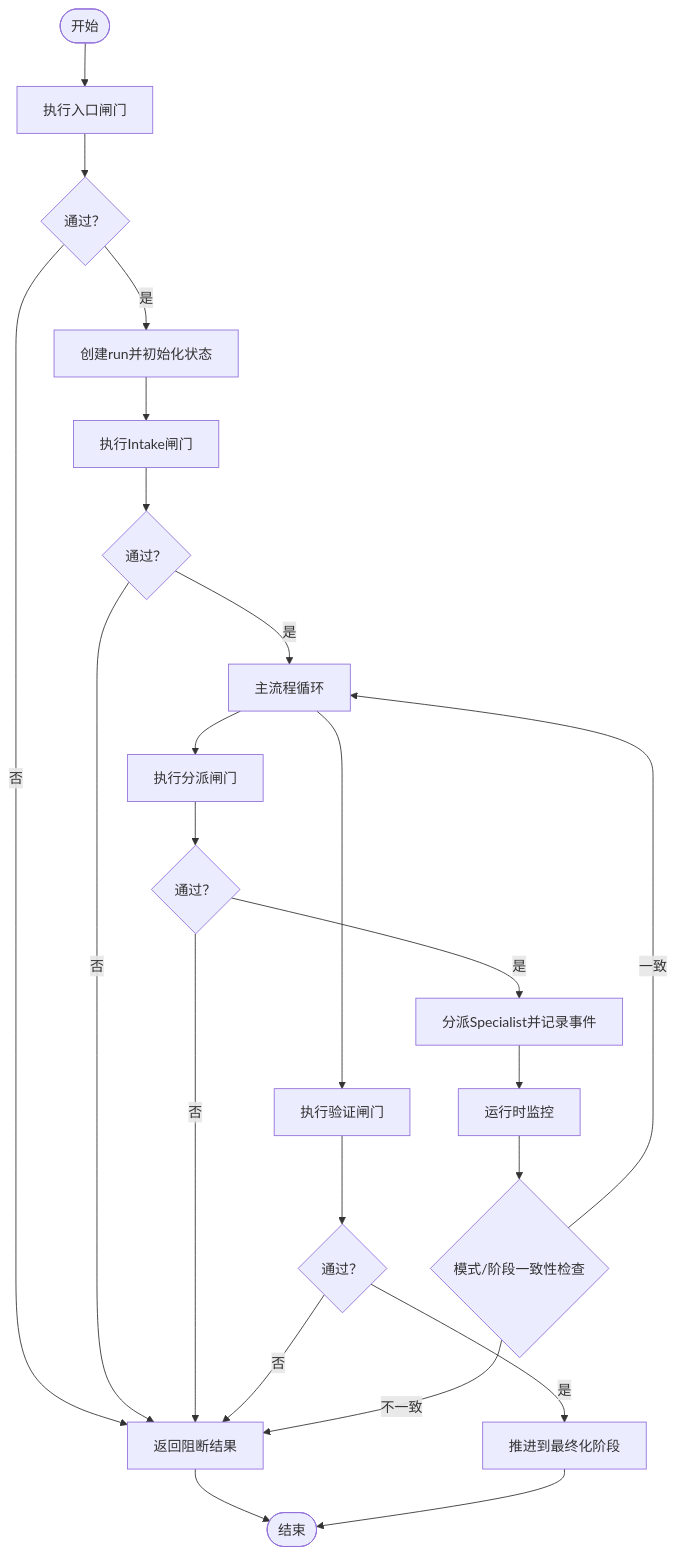
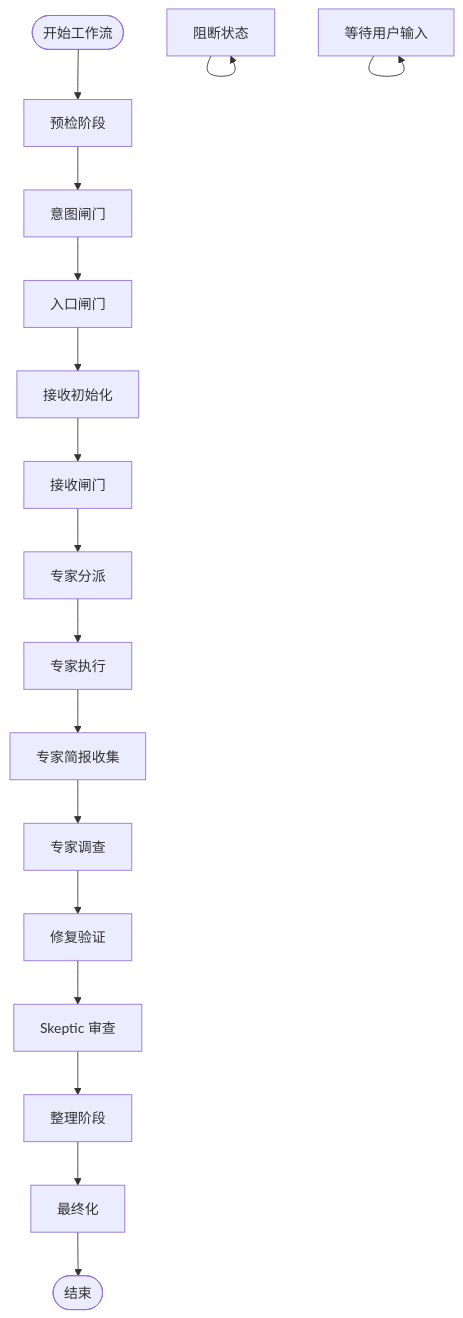
The fourth of 6 diagrams in .qoder/repowiki/zh/content/架构设计/工作流引擎.md (haolange/RDC-Agent), drawn with Mermaid before and after one commit. The commit also changed other lines of this file and 3483 other files, not shown here.

````diff
--- a/.qoder/repowiki/zh/content/架构设计/工作流引擎.md
+++ b/.qoder/repowiki/zh/content/架构设计/工作流引擎.md
@@ -210,25 +239,19 @@
 ```mermaid
 flowchart TD
-Start(["开始"]) --> EntryGate["执行入口闸门"]
-EntryGate --> EntryOK{"通过？"}
-EntryOK --> |否| Block["返回阻断结果"]
-EntryOK --> |是| CreateRun["创建run并初始化状态"]
-CreateRun --> IntakeGate["执行Intake闸门"]
-IntakeGate --> IntakeOK{"通过？"}
-IntakeOK --> |否| Block
-IntakeOK --> |是| MainLoop["主流程循环"]
-MainLoop --> DispatchGate["执行分派闸门"]
-DispatchGate --> DispatchOK{"通过？"}
-DispatchOK --> |否| Block
-DispatchOK --> |是| Specialist["分派Specialist并记录事件"]
-MainLoop --> VerifyGate["执行验证闸门"]
-VerifyGate --> VerifyOK{"通过？"}
-VerifyOK --> |否| Block
-VerifyOK --> |是| Finalize["推进到最终化阶段"]
-Specialist --> Monitor["运行时监控"]
-Monitor --> Consistency{"模式/阶段一致性检查"}
-Consistency --> |不一致| Block
-Consistency --> |一致| MainLoop
-Block --> End(["结束"])
-Finalize --> End
+Start(["开始工作流"]) --> Preflight["预检阶段"]
+Preflight --> IntentGate["意图闸门"]
+IntentGate --> EntryGate["入口闸门"]
+EntryGate --> IntakeInit["接收初始化"]
+IntakeInit --> IntakeGate["接收闸门"]
+IntakeGate --> SpecialistDispatch["专家分派"]
+SpecialistDispatch --> SpecialistExec["专家执行"]
+SpecialistExec --> SpecialistBriefs["专家简报收集"]
+SpecialistBriefs --> ExpertInvestigation["专家调查"]
+ExpertInvestigation --> FixVerification["修复验证"]
+FixVerification --> Skeptic["Skeptic 审查"]
+Skeptic --> Curator["整理阶段"]
+Curator --> Finalize["最终化"]
+Finalize --> End(["结束"])
+ValidationBlocked["阻断状态"] --> ValidationBlocked
+AwaitingUserInput["等待用户输入"] --> AwaitingUserInput
 ```
````
